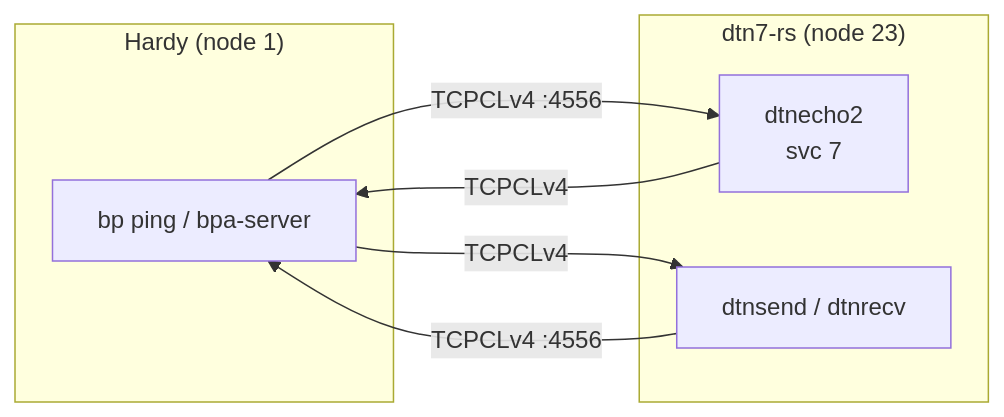
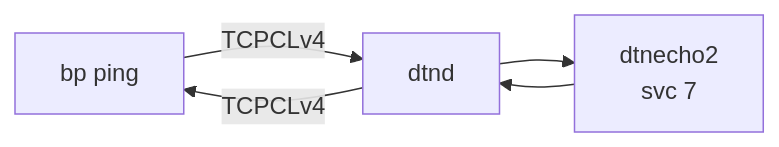
Before and after one commit to ricktaylor/hardy: the first of 2 diagrams in tests/interop/dtn7-rs/README.md, drawn with Mermaid. The commit also changed other lines of this file and 4 other files, not shown here.

Commit message:
Update diagrams for clarity

````diff
--- a/tests/interop/dtn7-rs/README.md
+++ b/tests/interop/dtn7-rs/README.md
@@ -31,16 +33,7 @@
 ```mermaid
 flowchart LR
-    subgraph Hardy ["Hardy (node 1)"]
-        BP["bp ping / bpa-server"]
-    end
-
-    subgraph DTN7 ["dtn7-rs (node 23)"]
-        ECHO["dtnecho2<br/>svc 7"]
-        SEND["dtnsend / dtnrecv"]
-    end
-
-    BP -- "TCPCLv4 :4556" --> ECHO
-    ECHO -- "TCPCLv4" --> BP
-    SEND -- "TCPCLv4 :4556" --> BP
-    BP -- "TCPCLv4" --> SEND
+    BP["bp ping"] -- "TCPCLv4" --> DTN7["dtnd"]
+    DTN7 --> ECHO["dtnecho2<br/>svc 7"]
+    ECHO --> DTN7
+    DTN7 -- "TCPCLv4" --> BP
 ```
````
